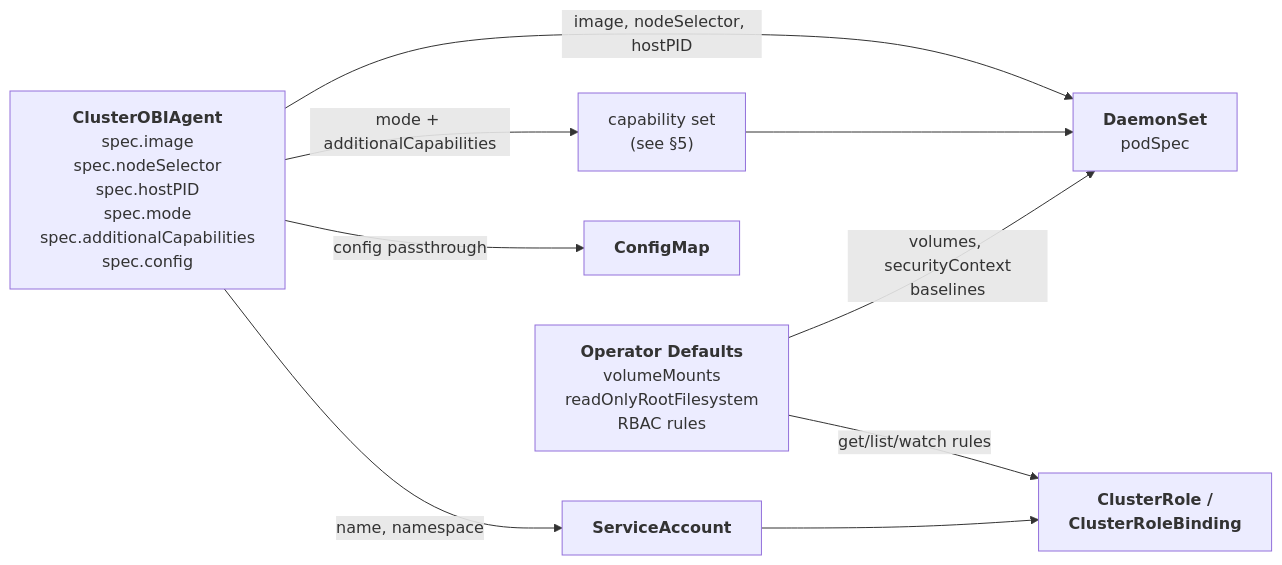
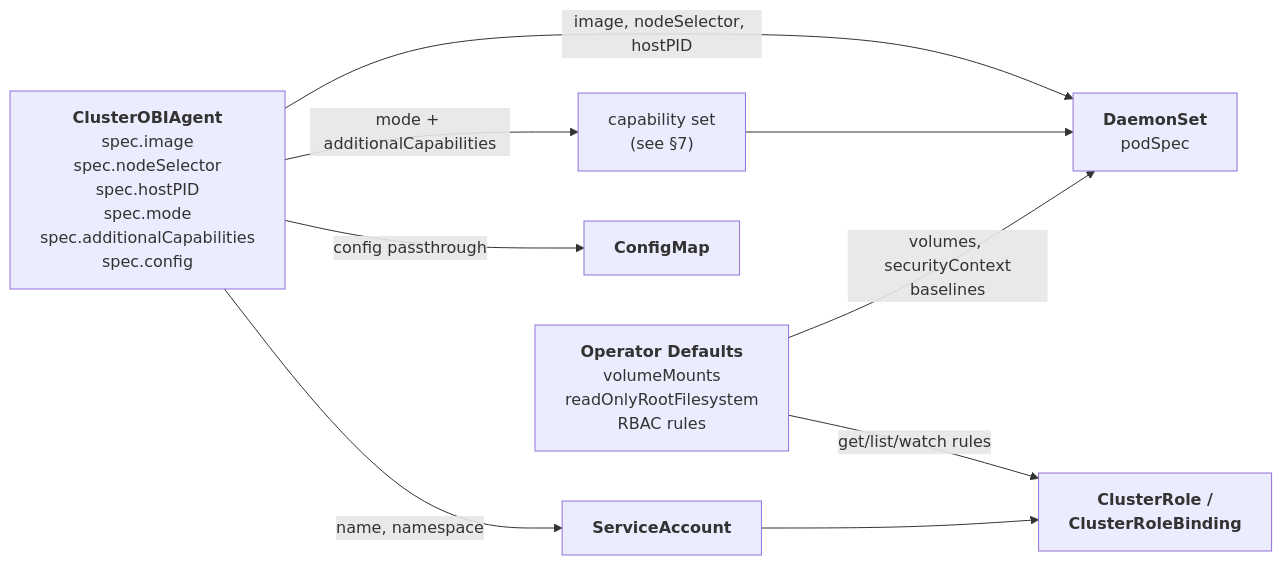
The second of 2 diagrams in design-doc.md (ozzywalsh/opentelemetry-operator), drawn with Mermaid before and after one commit. The commit also changed other lines of this file, not shown here.

````diff
--- a/design-doc.md
+++ b/design-doc.md
@@ -143,14 +342,14 @@
 ```mermaid
 flowchart LR
     CR["<b>ClusterOBIAgent</b><br/>spec.image<br/>spec.nodeSelector<br/>spec.hostPID<br/>spec.mode<br/>spec.additionalCapabilities<br/>spec.config"]
     DEF["<b>Operator Defaults</b><br/>volumeMounts<br/>readOnlyRootFilesystem<br/>RBAC rules"]
 
     CR -->|image, nodeSelector, hostPID| DS["<b>DaemonSet</b><br/>podSpec"]
-    CR -->|mode + additionalCapabilities| CAPS["capability set\n(see §5)"]
+    CR -->|mode + additionalCapabilities| CAPS["capability set\n(see §7)"]
     CR -->|config passthrough| CM["<b>ConfigMap</b>"]
     CAPS --> DS
     DEF -->|volumes, securityContext\nbaselines| DS
     DEF -->|get/list/watch rules| RBAC["<b>ClusterRole /\nClusterRoleBinding</b>"]
     CR -->|name, namespace| SA["<b>ServiceAccount</b>"]
     SA --> RBAC
 ```
````
